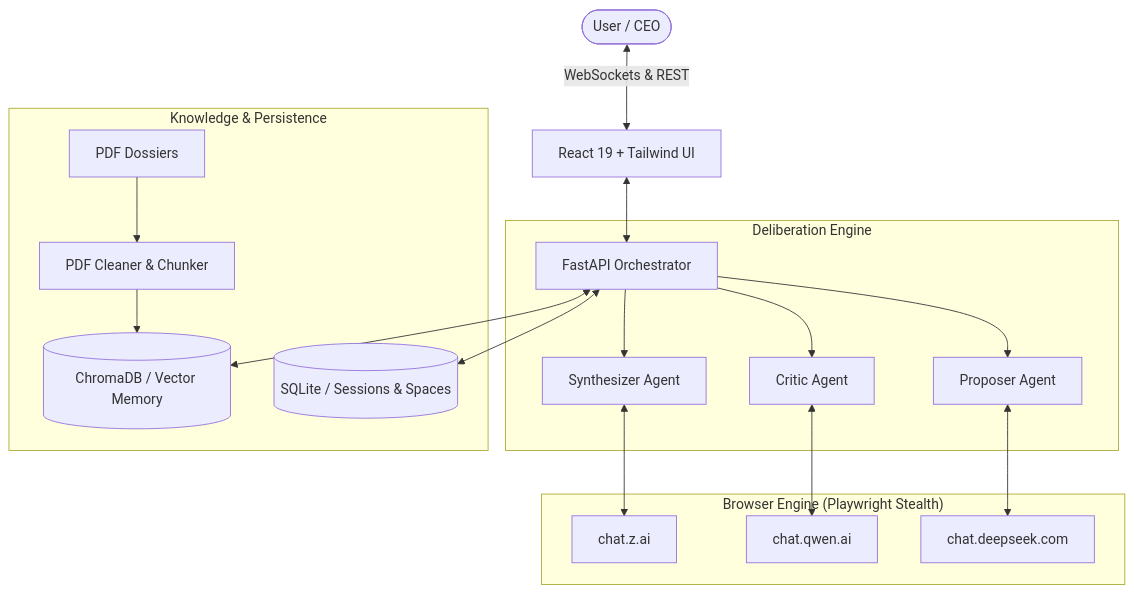
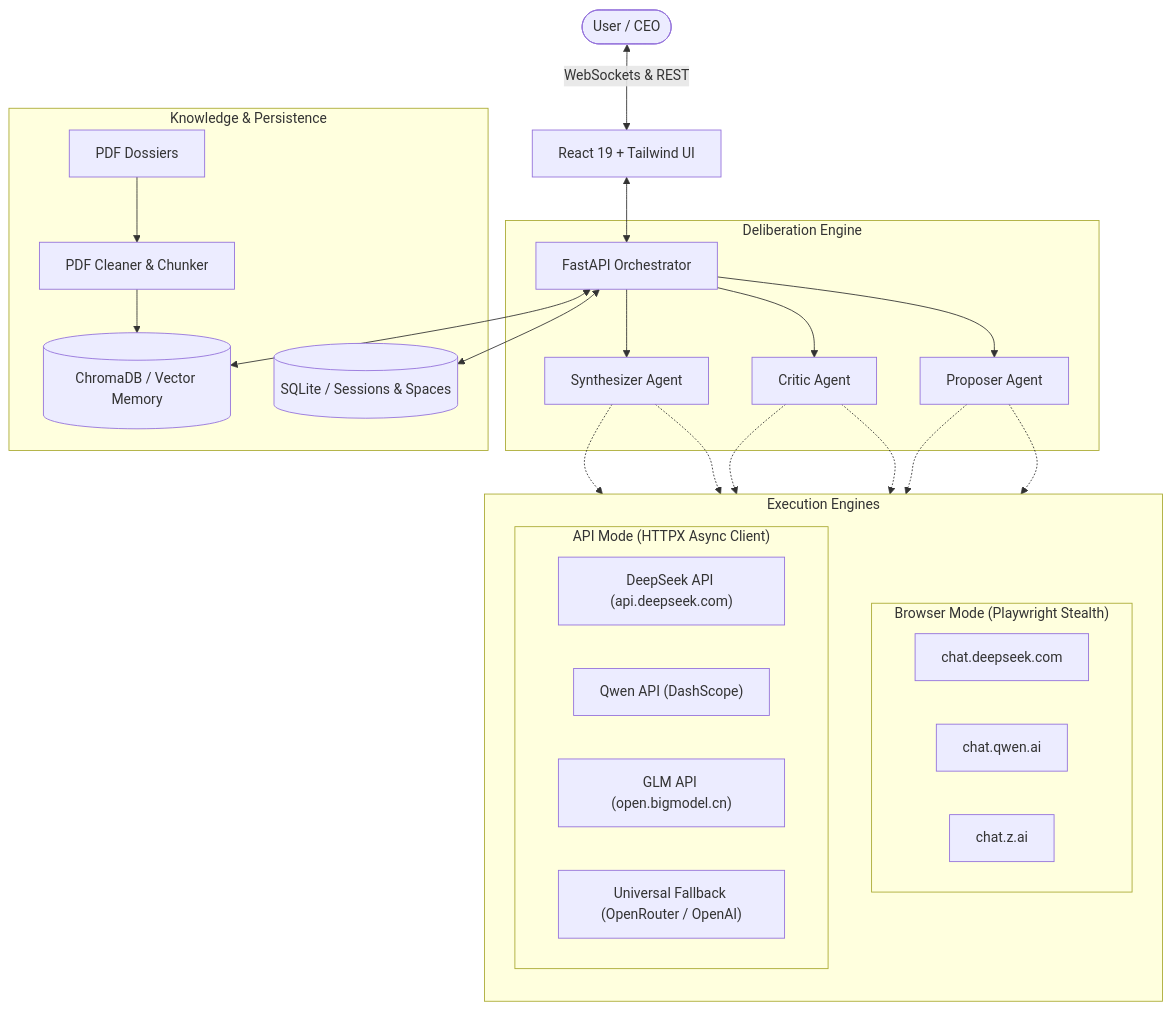
One commit to Mackming/thinktank changed the diagram in README.md. Above: the diagram before and after it, drawn with Mermaid. The commit also changed other lines of this file and 9 other files, not shown here.

First line of the commit message:
feat: add dual execution engine with direct API mode alongside browser automation

````diff
--- a/README.md
+++ b/README.md
@@ -33,23 +37,40 @@
 ```mermaid
 flowchart TD
     User(["User / CEO"]) <-->|WebSockets & REST| UI["React 19 + Tailwind UI"]
     UI <--> Backend["FastAPI Orchestrator"]
 
     subgraph Deliberation_Engine ["Deliberation Engine"]
         Backend --> Proposer["Proposer Agent"]
         Backend --> Critic["Critic Agent"]
         Backend --> Synthesizer["Synthesizer Agent"]
     end
 
     subgraph Knowledge_Persistence ["Knowledge & Persistence"]
         Backend <--> SQLite[("SQLite / Sessions & Spaces")]
         Backend <--> Chroma[("ChromaDB / Vector Memory")]
         PDFs["PDF Dossiers"] --> PDFCleaner["PDF Cleaner & Chunker"] --> Chroma
     end
 
-    subgraph Browser_Engine ["Browser Engine (Playwright Stealth)"]
-        Proposer <--> DeepSeek["chat.deepseek.com"]
-        Critic <--> Qwen["chat.qwen.ai"]
-        Synthesizer <--> GLM["chat.z.ai"]
+    subgraph Dual_Engines ["Execution Engines"]
+        direction TB
+        subgraph Browser_Engine ["Browser Mode (Playwright Stealth)"]
+            B1["chat.deepseek.com"]
+            B2["chat.qwen.ai"]
+            B3["chat.z.ai"]
+        end
+        subgraph API_Engine ["API Mode (HTTPX Async Client)"]
+            A1["DeepSeek API (api.deepseek.com)"]
+            A2["Qwen API (DashScope)"]
+            A3["GLM API (open.bigmodel.cn)"]
+            A4["Universal Fallback (OpenRouter / OpenAI)"]
+        end
     end
+
+    Proposer -.-> Browser_Engine
+    Critic -.-> Browser_Engine
+    Synthesizer -.-> Browser_Engine
+
+    Proposer -.-> API_Engine
+    Critic -.-> API_Engine
+    Synthesizer -.-> API_Engine
 ```
````
